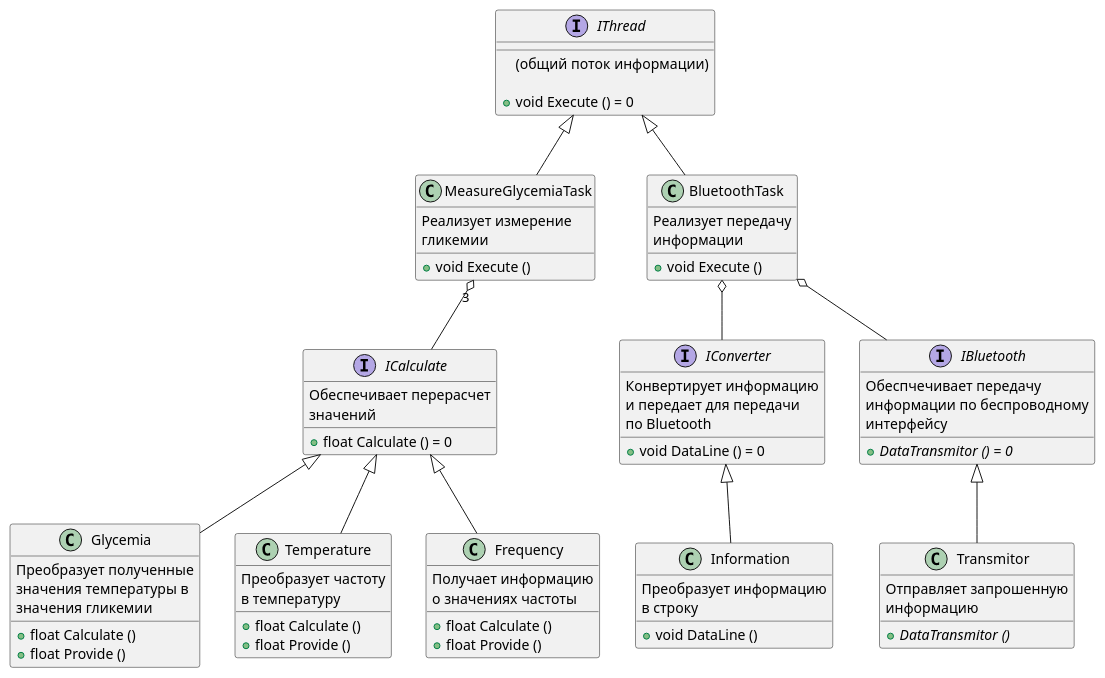
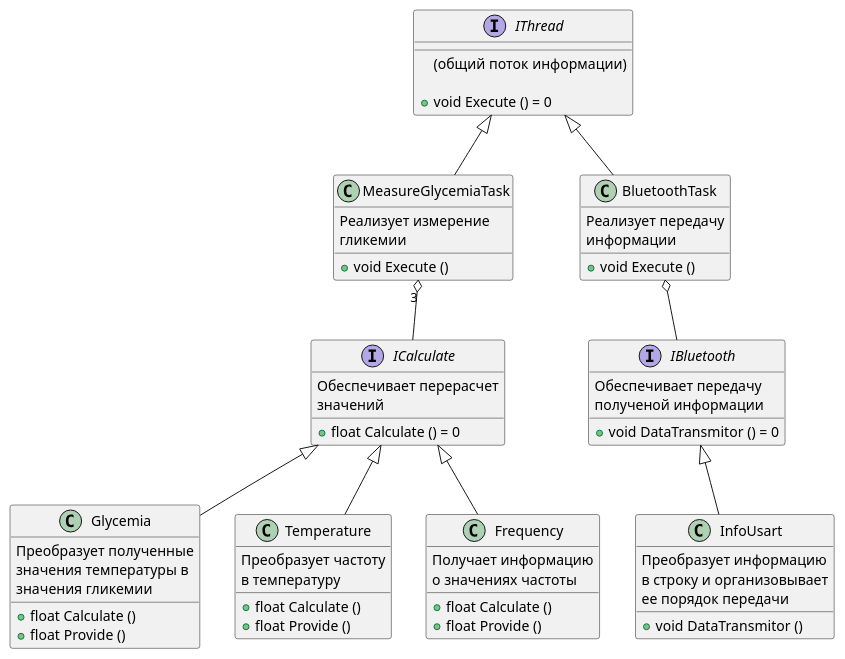
The diagram in DOC/UMLMain.puml (Luda-Seliv-KE-413/Kursovoy), drawn with PlantUML before and after one commit. The commit also changed 21 other files, not shown here.

```diff
--- a/DOC/UMLMain.puml
+++ b/DOC/UMLMain.puml
@@ -1,106 +1,92 @@
 @startuml main
 
 interface IThread
 {
 (общий поток информации)
 
 + void Execute () = 0
 }
+
 class MeasureGlycemiaTask
 {
 Реализует измерение
 гликемии
 
 + void Execute ()
 }
+
 class Glycemia
 {
 Преобразует полученные
 значения температуры в
 значения гликемии
 
 + float Calculate ()
 + float Provide ()
 }
 
 class Temperature
 {
 Преобразует частоту
 в температуру
 
 + float Calculate ()
 + float Provide ()
 }
 
 class Frequency
 {
 Получает информацию
 о значениях частоты
 
 + float Calculate ()
 + float Provide ()
 }
 
 class BluetoothTask
 {
 Реализует передачу
 информации
 
 + void Execute ()
 }
 
-class Transmitor
-{
-Отправляет запрошенную
-информацию
-
-+ {abstract} DataTransmitor ()
-}
 interface ICalculate
 {
 Обеспечивает перерасчет
 значений
 
 + float Calculate () = 0
 }
 
-class Information
+class InfoUsart
 {
 Преобразует информацию
-в строку
+в строку и организовывает
+ее порядок передачи
 
-+ void DataLine ()
++ void DataTransmitor ()
 }
+
 interface IBluetooth
 {
-Обеспчечивает передачу
-информации по беспроводному
-интерфейсу
+Обеспечивает передачу
+полученой информации
 
-+ {abstract} DataTransmitor () = 0
-}
-
-interface IConverter
-{
-Конвертирует информацию
-и передает для передачи
-по Bluetooth
-
-+ void DataLine () = 0
++ void DataTransmitor () = 0
 }
 
 BluetoothTask -up-|> IThread
 MeasureGlycemiaTask -up-|> IThread
 
 BluetoothTask o-- IBluetooth
-BluetoothTask o-- IConverter
-Transmitor -up-|> IBluetooth
+InfoUsart -up-|> IBluetooth
 
 MeasureGlycemiaTask "3" o-down- ICalculate
 Glycemia -up-|> ICalculate
 Temperature -up-|> ICalculate
 Frequency -up-|> ICalculate
 
-Information -up-|> IConverter
+
 
 @enduml
```
